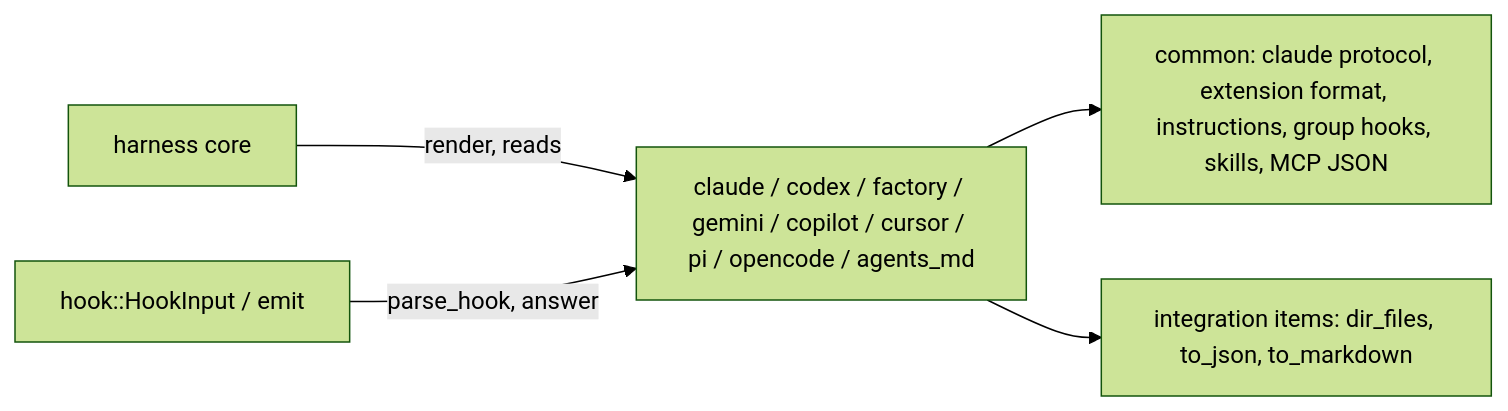
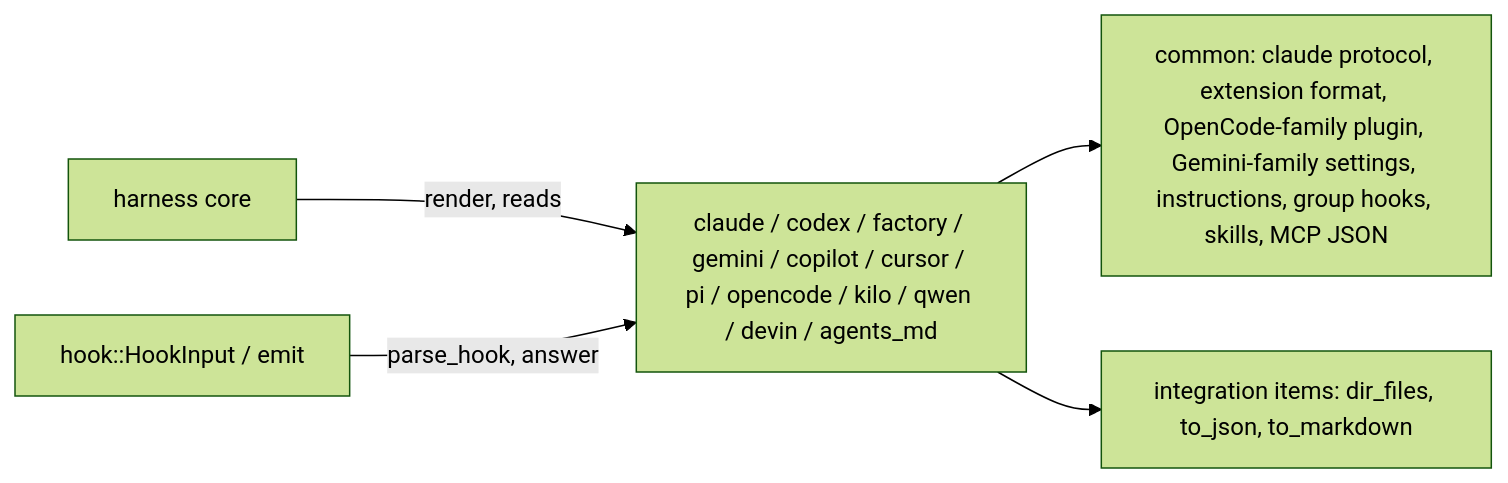
Before and after one commit to six5536/agent-harness-adapter: the diagram in .zen/specs/DESIGN-HAR-harnesses.md, drawn with Mermaid (forest theme). The commit also changed other lines of this file and 42 other files, not shown here.

Commit message:
feat: Qwen Code, Kilo Code and Devin harnesses (HAR-11..13, PLAN-015); OpenCode and Kilo share one plugin layout, Gemini and Qwen their settings; the plugin decides each stop once; agent checks for all three, Kilo passes A1-A10

````diff
--- a/.zen/specs/DESIGN-HAR-harnesses.md
+++ b/.zen/specs/DESIGN-HAR-harnesses.md
@@ -13,7 +13,7 @@
 ```mermaid
 flowchart LR
-    Core[harness core] -->|render, reads| Mod[claude / codex / factory / gemini / copilot / cursor / pi / opencode / agents_md]
+    Core[harness core] -->|render, reads| Mod[claude / codex / factory / gemini / copilot / cursor / pi / opencode / kilo / qwen / devin / agents_md]
     Hook[hook::HookInput / emit] -->|parse_hook, answer| Mod
-    Mod --> Common[common: claude protocol, extension format, instructions, group hooks, skills, MCP JSON]
+    Mod --> Common[common: claude protocol, extension format, OpenCode-family plugin, Gemini-family settings, instructions, group hooks, skills, MCP JSON]
     Mod --> Items[integration items: dir_files, to_json, to_markdown]
 ```
````
